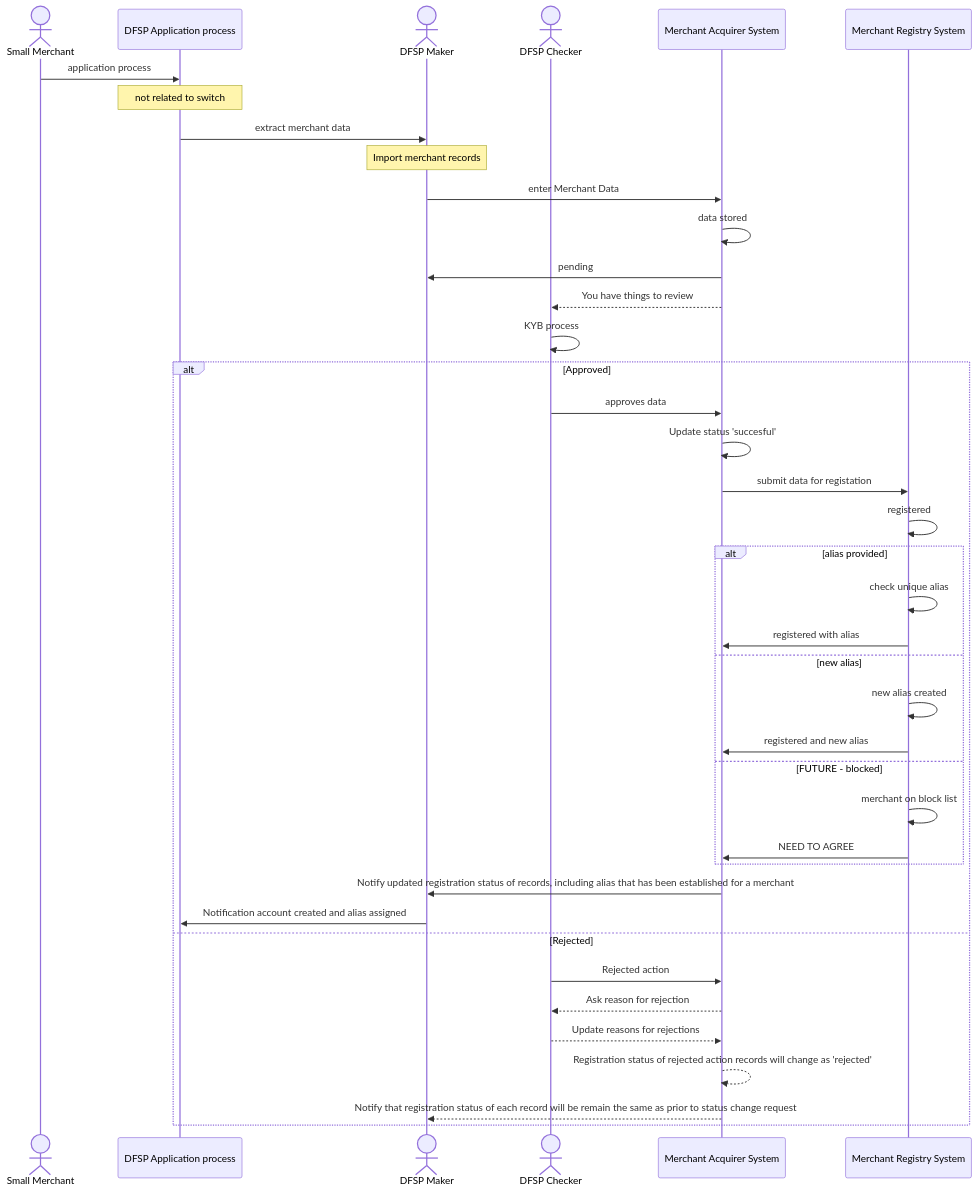
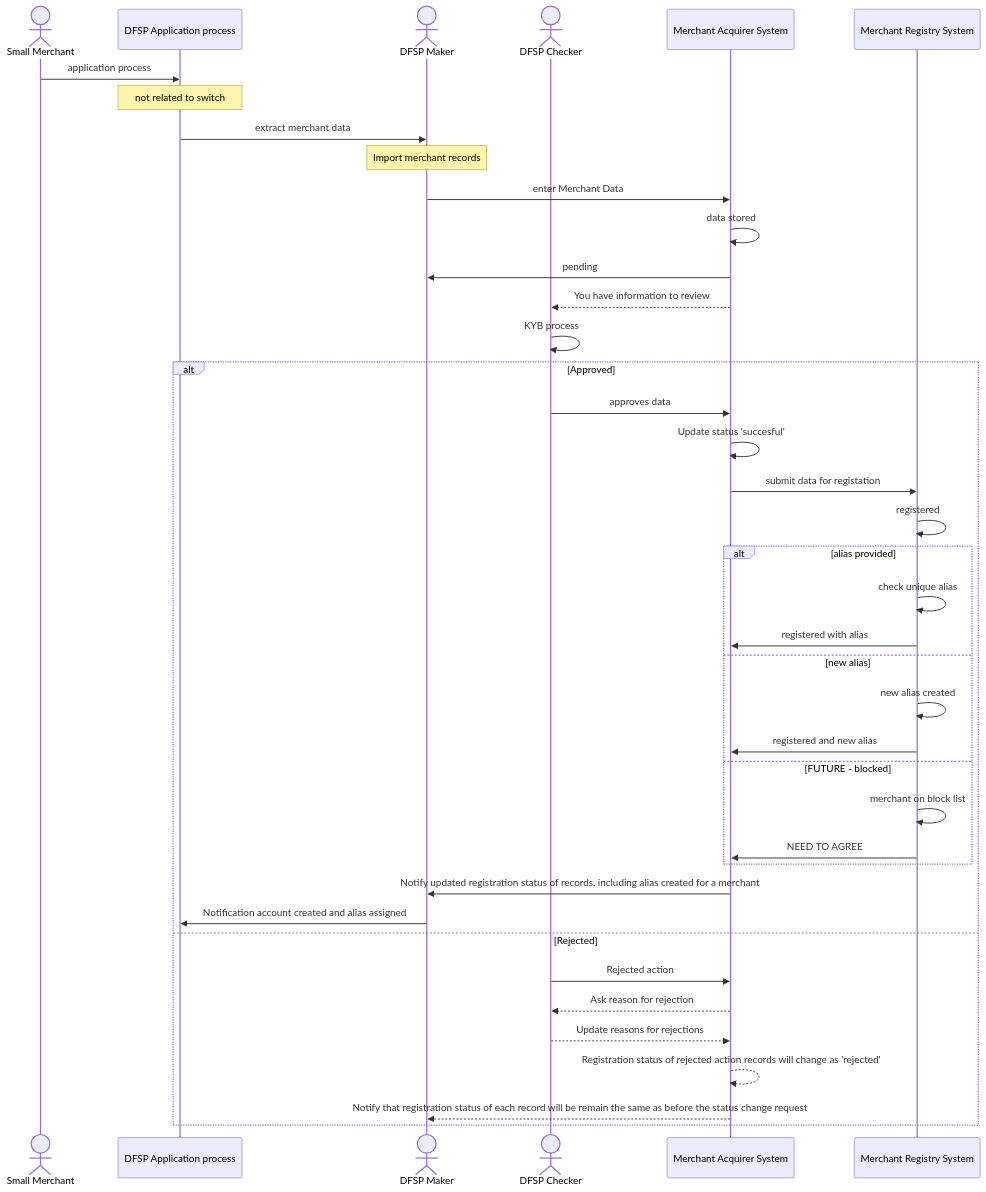
Before and after one commit to mojaloop/merchant-payment-docs: the second of 2 diagrams in DFSP merchant onboard Sequence Diagram.md, drawn with Mermaid. The commit also changed other lines of this file and 2 other files, not shown here.

````diff
--- a/DFSP merchant onboard Sequence Diagram.md
+++ b/DFSP merchant onboard Sequence Diagram.md
@@ -39,55 +49,55 @@
 ```mermaid
 
 sequenceDiagram
     actor merc as Small Merchant
     participant dfspapp as DFSP Application process
     actor DFSPMake as DFSP Maker
     actor DFSPCheck as DFSP Checker
     participant macq as Merchant Acquirer System
     participant oracle as Merchant Registry System
 
     merc ->> dfspapp: application process 
     
     Note over dfspapp: not related to switch
 
     dfspapp ->> DFSPMake: extract merchant data
-
+    
     Note over DFSPMake: Import merchant records
 
     DFSPMake ->> macq: enter Merchant Data
 
     macq ->> macq: data stored
     macq->>DFSPMake: pending
 
-    macq-->>DFSPCheck: You have things to review
+    macq-->>DFSPCheck: You have information to review
 
     DFSPCheck->>DFSPCheck: KYB process
 
     alt Approved
         DFSPCheck->>macq: approves data
         macq ->> macq: Update status 'succesful'
         macq->>oracle: submit data for registation
 
         oracle->>oracle: registered
         alt alias provided
             oracle->>oracle: check unique alias
             oracle->>macq: registered with alias
         else new alias
             oracle->>oracle: new alias created
             oracle->>macq: registered and new alias
         else FUTURE - blocked
             oracle->>oracle: merchant on block list
             oracle->>macq: NEED TO AGREE
         end
 
-        macq ->> DFSPMake: Notify updated registration status of records, including alias that has been established for a merchant
+        macq ->> DFSPMake: Notify updated registration status of records, including alias created for a merchant
         DFSPMake->>dfspapp: Notification account created and alias assigned
     else Rejected
         DFSPCheck->>macq: Rejected action
         macq -->>DFSPCheck: Ask reason for rejection
         DFSPCheck -->> macq: Update reasons for rejections
         macq -->> macq: Registration status of rejected action records will change as 'rejected'
-        macq -->> DFSPMake: Notify that registration status of each record will be remain the same as prior to status change request    
+        macq -->> DFSPMake: Notify that registration status of each record will be remain the same as before the  status change request    
     end
     
 ```
````
